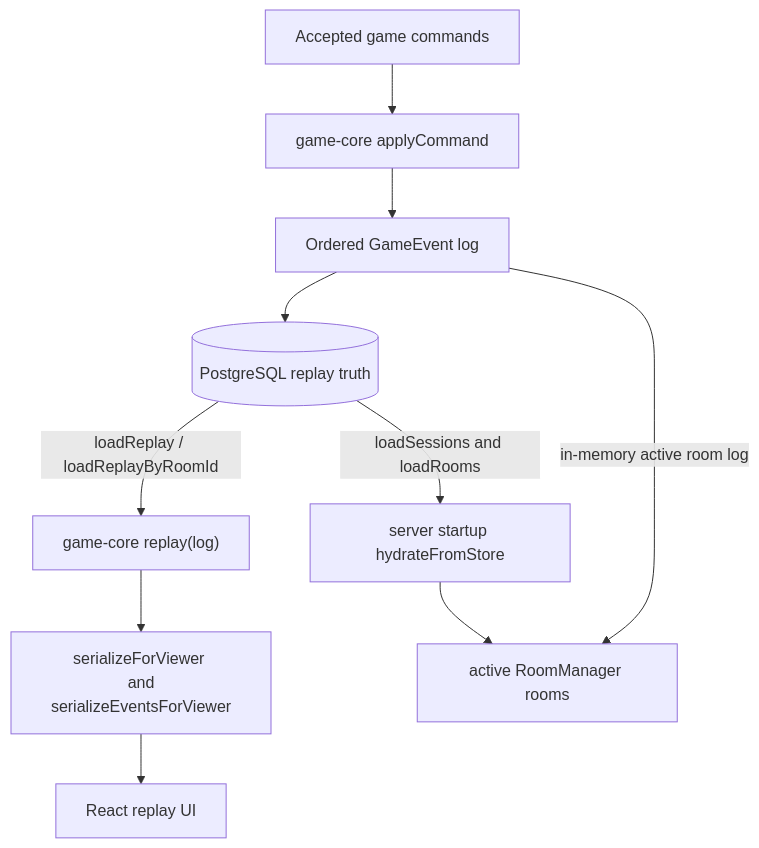
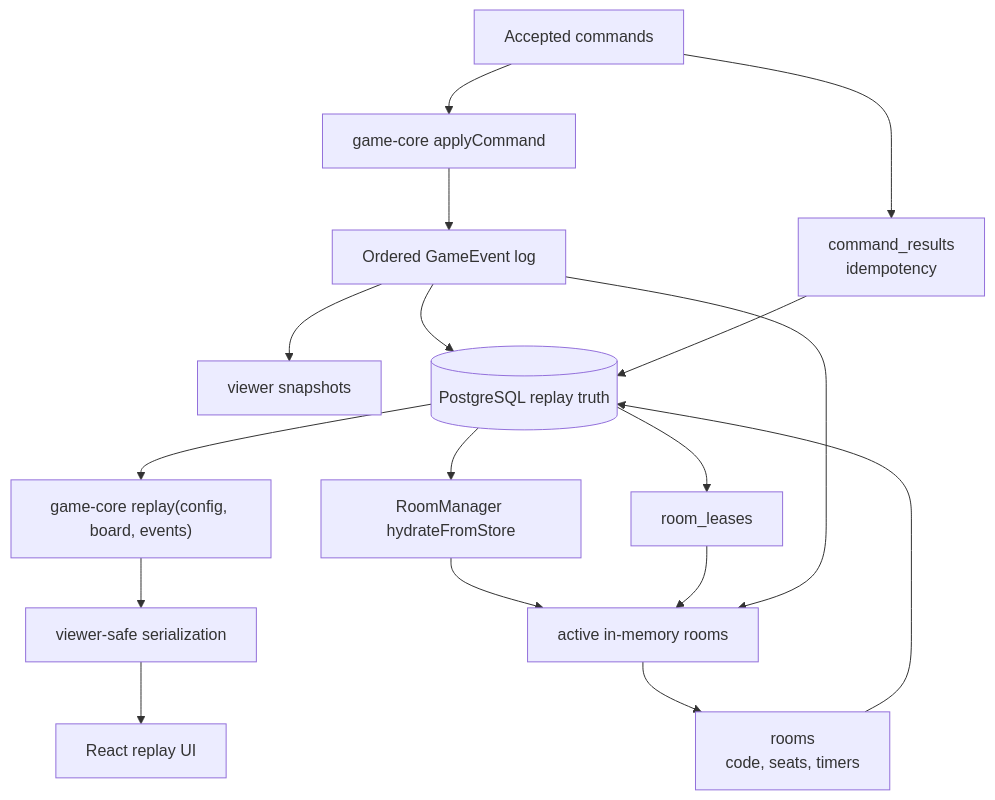
One commit to sahnsookyung/colonizt changed the eighth of 10 diagrams in docs/architecture.md. Above: the diagram before and after it, drawn with Mermaid. The commit also changed other lines of this file and 48 other files, not shown here.

Commit message:
Stabilize multiplayer rooms and game UI

````diff
--- a/docs/architecture.md
+++ b/docs/architecture.md
@@ -170,17 +354,25 @@
 ```mermaid
 flowchart TB
-  command["Accepted game commands"]
+  accepted["Accepted commands"]
   reducer["game-core applyCommand"]
   events["Ordered GameEvent log"]
-  replay["game-core replay(log)"]
-  viewer["serializeForViewer <br /> and serializeEventsForViewer"]
-  ui["React replay UI"]
-  hydrate["server startup hydrateFromStore"]
-  activeRooms["active RoomManager rooms"]
+  commandResults["command_results<br/>idempotency"]
+  roomRows["rooms<br/>code, seats, timers"]
+  snapshots["viewer snapshots"]
+  replay["game-core replay(config, board, events)"]
+  viewer["viewer-safe serialization"]
+  replayUi["React replay UI"]
+  hydrate["RoomManager hydrateFromStore"]
+  activeRooms["active in-memory rooms"]
+  leases["room_leases"]
   postgres[("PostgreSQL replay truth")]
 
-  command --> reducer --> events --> postgres
-  postgres -->|"loadReplay / loadReplayByRoomId"| replay --> viewer --> ui
-  postgres -->|"loadSessions and loadRooms"| hydrate --> activeRooms
-  events -->|"in-memory active room log"| activeRooms
+  accepted --> reducer --> events --> postgres
+  accepted --> commandResults --> postgres
+  activeRooms --> roomRows --> postgres
+  events --> snapshots
+  postgres --> replay --> viewer --> replayUi
+  postgres --> hydrate --> activeRooms
+  postgres --> leases --> activeRooms
+  events --> activeRooms
 ```
````
